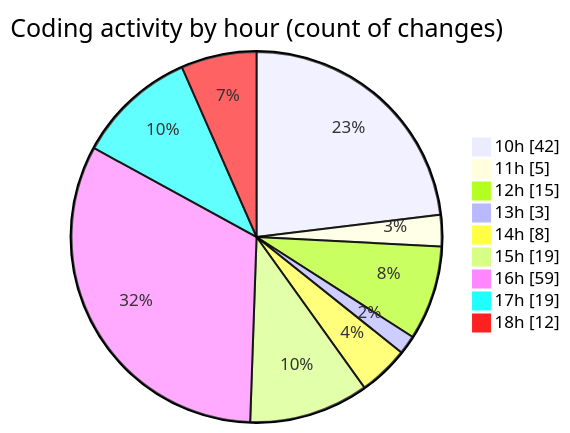
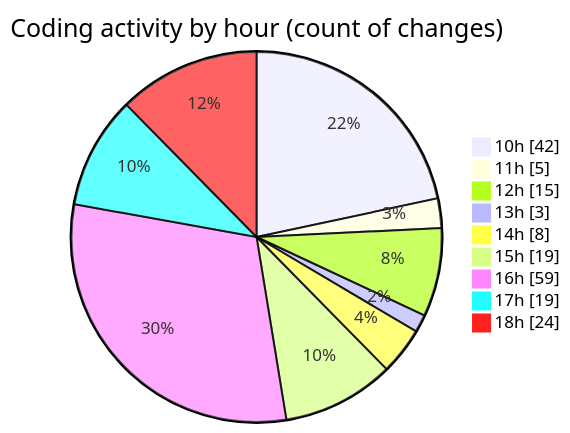
One commit to nxtqubesakshisongat/code-tracking changed the second of 2 diagrams in 2025-08-04/nxtqube_webapp/README.md. Above: the diagram before and after it, drawn with Mermaid. The commit also changed other lines of this file and 1 other file, not shown here.

````diff
--- a/2025-08-04/nxtqube_webapp/README.md
+++ b/2025-08-04/nxtqube_webapp/README.md
@@ -53,13 +53,13 @@
 ```mermaid
 pie showData
 title Coding activity by hour (count of changes)
 "10h" : 42
 "11h" : 5
 "12h" : 15
 "13h" : 3
 "14h" : 8
 "15h" : 19
 "16h" : 59
 "17h" : 19
-"18h" : 12
+"18h" : 24
 ```
````
